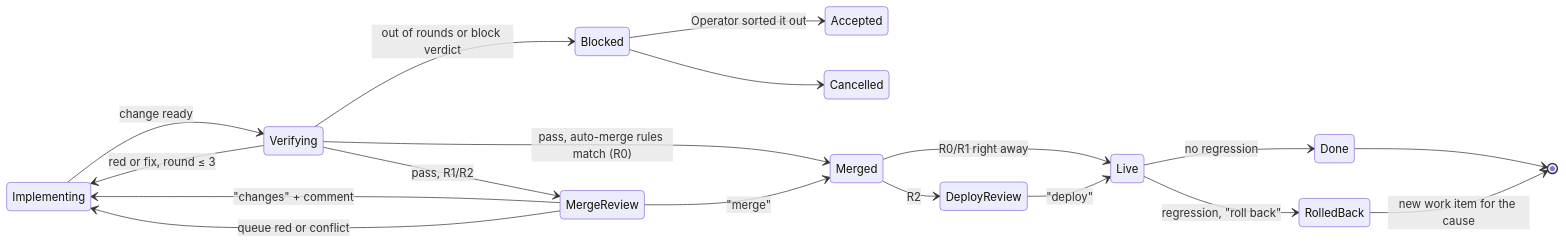
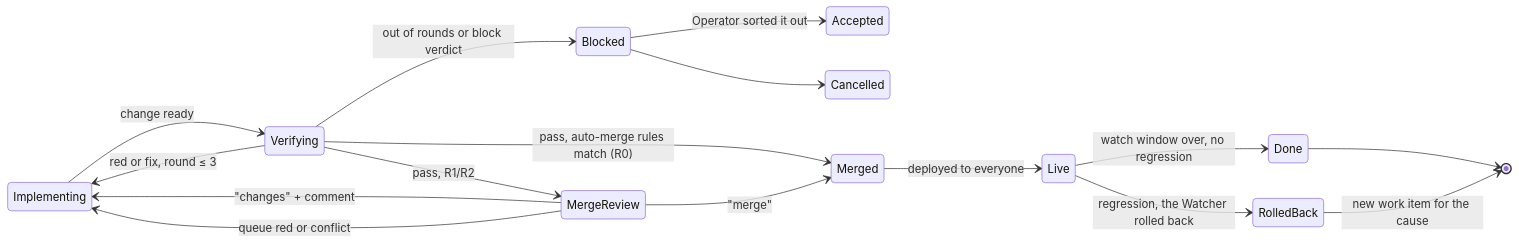
The second of 2 diagrams in deck/slides.md (redikultsev/agentic-sdlc-atlas), drawn with Mermaid before and after one commit. The commit also changed other lines of this file and 15 other files, not shown here.

Commit message:
Deploy & watch: deploy to everyone on every merge, Watcher agent rolls back by itself, R2 approved at merge (decision 26)

````diff
--- a/deck/slides.md
+++ b/deck/slides.md
@@ -299,21 +298,19 @@
 ```mermaid {scale: 0.42}
 stateDiagram-v2
   direction LR
   Implementing --> Verifying: change ready
   Verifying --> Implementing: red or fix, round ≤ 3
   Verifying --> Blocked: out of rounds or block verdict
   Verifying --> Merged: pass, auto-merge rules match (R0)
   Verifying --> MergeReview: pass, R1/R2
   MergeReview --> Implementing: "changes" + comment
   MergeReview --> Merged: "merge"
   MergeReview --> Implementing: queue red or conflict
-  Merged --> Live: R0/R1 right away
-  Merged --> DeployReview: R2
-  DeployReview --> Live: "deploy"
-  Live --> Done: no regression
-  Live --> RolledBack: regression, "roll back"
+  Merged --> Live: deployed to everyone
+  Live --> Done: watch window over, no regression
+  Live --> RolledBack: regression, the Watcher rolled back
   Blocked --> Accepted: Operator sorted it out
   Blocked --> Cancelled
   Done --> [*]
   RolledBack --> [*]: new work item for the cause
 ```
````
